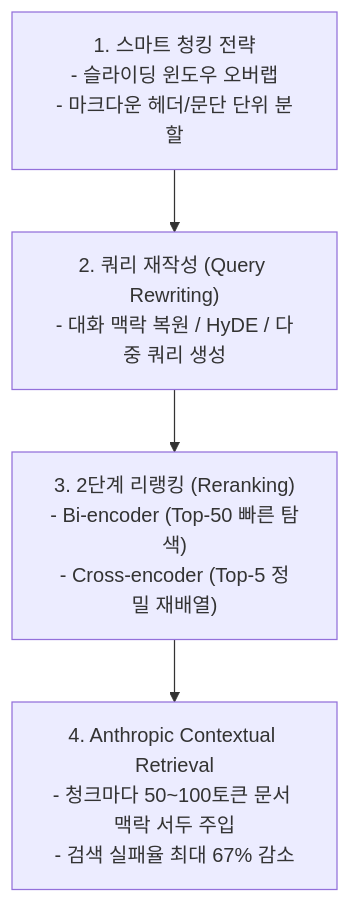
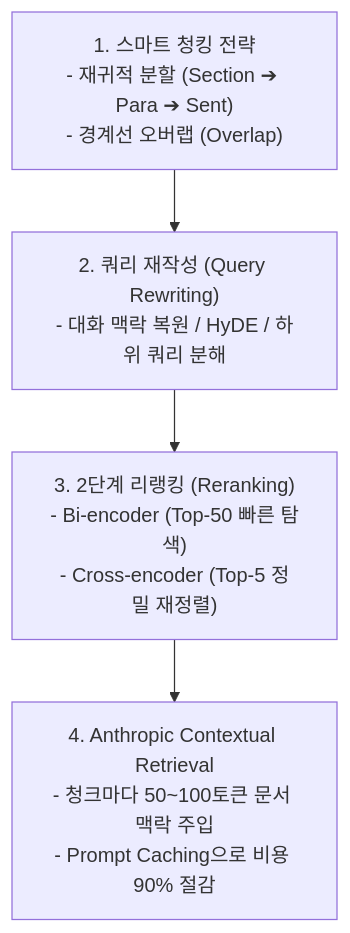
One commit to sing-u8/AI-Engineering changed the first of 2 diagrams in chapter-qa/ch06-rag-and-agents-qa/02-rag-optimization-and-multimodal-tabular.md. Above: the diagram before and after it, drawn with Mermaid. The commit also changed other lines of this file and 2 other files, not shown here.

````diff
--- a/chapter-qa/ch06-rag-and-agents-qa/02-rag-optimization-and-multimodal-tabular.md
+++ b/chapter-qa/ch06-rag-and-agents-qa/02-rag-optimization-and-multimodal-tabular.md
@@ -33,6 +37,6 @@
 ```mermaid
 flowchart TD
-    Raw["1. 스마트 청킹 전략\n- 슬라이딩 윈도우 오버랩\n- 마크다운 헤더/문단 단위 분할"] --> Rewrite["2. 쿼리 재작성 (Query Rewriting)\n- 대화 맥락 복원 / HyDE / 다중 쿼리 생성"]
-    Rewrite --> Rerank["3. 2단계 리랭킹 (Reranking)\n- Bi-encoder (Top-50 빠른 탐색)\n- Cross-encoder (Top-5 정밀 재배열)"]
-    Rerank --> Contextual["4. Anthropic Contextual Retrieval\n- 청크마다 50~100토큰 문서 맥락 서두 주입\n- 검색 실패율 최대 67% 감소"]
+    Raw["1. 스마트 청킹 전략\n- 재귀적 분할 (Section ➔ Para ➔ Sent)\n- 경계선 오버랩 (Overlap)"] --> Rewrite["2. 쿼리 재작성 (Query Rewriting)\n- 대화 맥락 복원 / HyDE / 하위 쿼리 분해"]
+    Rewrite --> Rerank["3. 2단계 리랭킹 (Reranking)\n- Bi-encoder (Top-50 빠른 탐색)\n- Cross-encoder (Top-5 정밀 재정렬)"]
+    Rerank --> Contextual["4. Anthropic Contextual Retrieval\n- 청크마다 50~100토큰 문서 맥락 주입\n- Prompt Caching으로 비용 90% 절감"]
 ```
````
